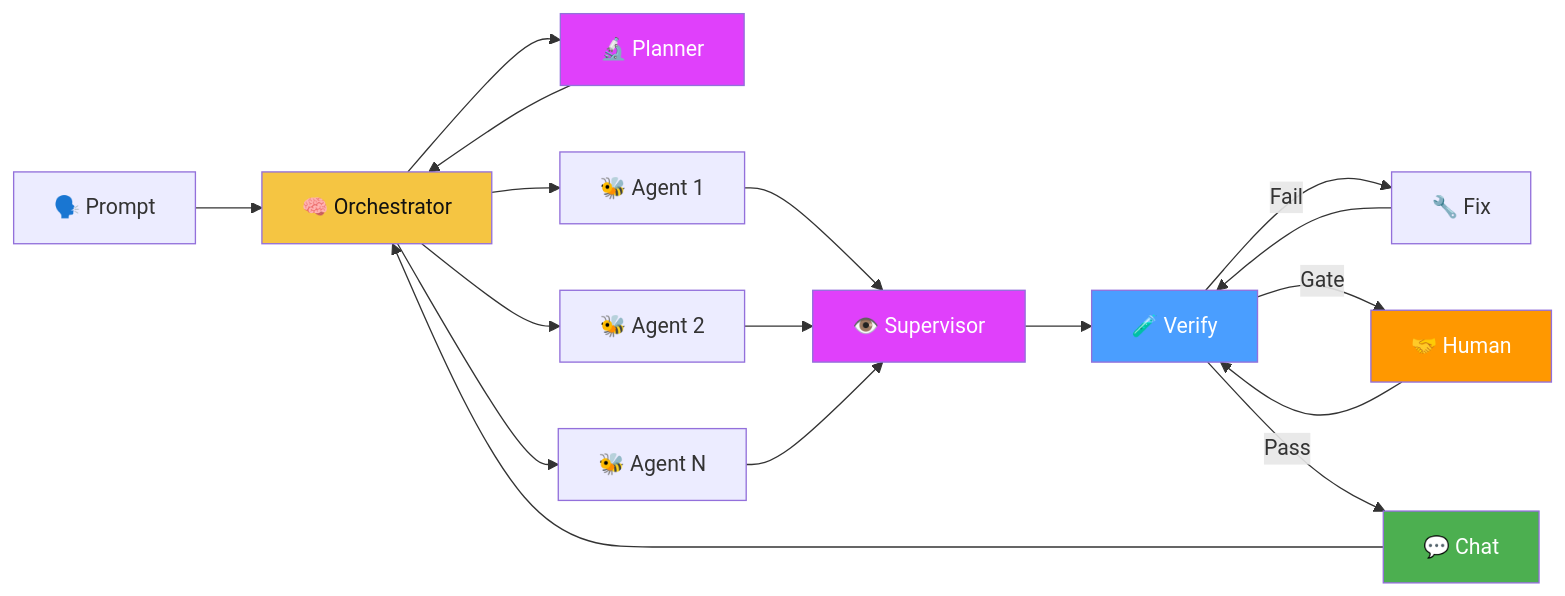
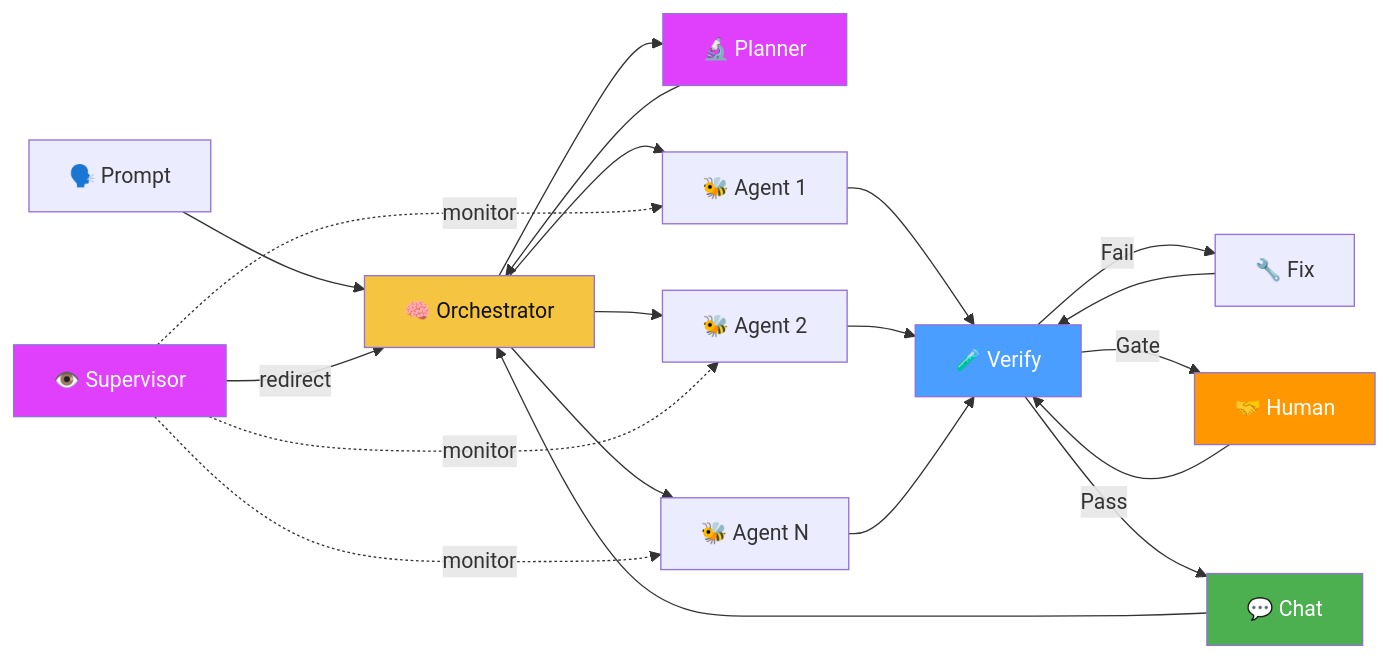
Before and after one commit to MrUnreal/hAIvemind: the first of 3 diagrams in README.md, drawn with Mermaid. The commit also changed 1 other file, not shown here.

Commit message:
fix(21): supervisor diagrams show real-time monitoring, not post-execution
- README: supervisor monitors agents during execution via dotted lines, redirects back to orchestrator
- Architecture: added 'correct' edge from supervisor back to TaskRunner
- Accurately reflects mid-flight divergence detection and course correction

````diff
--- a/README.md
+++ b/README.md
@@ -27,24 +27,27 @@
 ```mermaid
 graph LR
   A["🗣️ Prompt"] --> B["🧠 Orchestrator"]
   B --> P["🔬 Planner"]
   P --> B
   B --> C["🐝 Agent 1"]
   B --> D["🐝 Agent 2"]
   B --> E["🐝 Agent N"]
-  C & D & E --> SV["👁️ Supervisor"]
-  SV --> G["🧪 Verify"]
+  SV["👁️ Supervisor"] -.->|"monitor"| C
+  SV -.->|"monitor"| D
+  SV -.->|"monitor"| E
+  SV -->|"redirect"| B
+  C & D & E --> G["🧪 Verify"]
   G -->|"Fail"| H["🔧 Fix"]
   H --> G
   G -->|"Gate"| K["🤝 Human"]
   K --> G
   G -->|"Pass"| I["💬 Chat"]
   I --> B
 
   style B fill:#f5c542,color:#111
   style P fill:#e040fb,color:#fff
   style SV fill:#e040fb,color:#fff
   style G fill:#4a9eff,color:#fff
   style K fill:#ff9800,color:#fff
   style I fill:#4caf50,color:#fff
 ```
````
